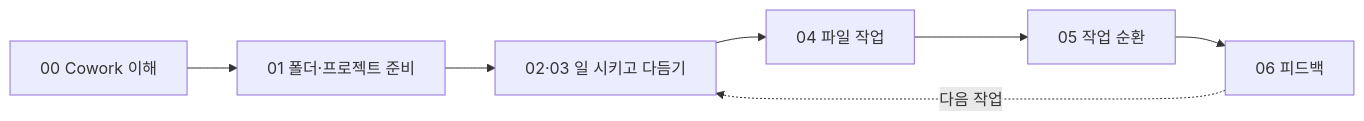
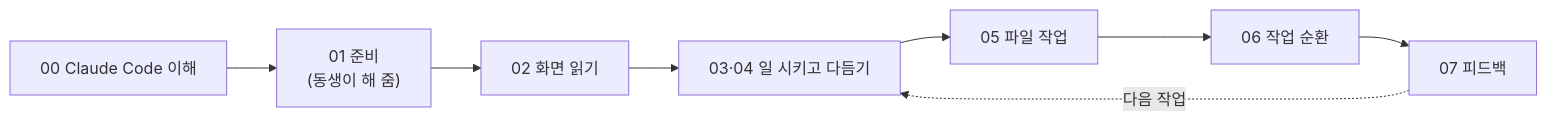
One commit to gyuber/claude-basics changed the diagram in README.md. Above: the diagram before and after it, drawn with Mermaid. The commit also changed other lines of this file and 23 other files, not shown here.

First line of the commit message:
강의를 Claude Code(데스크톱 Code 탭) 기준으로 재작성

````diff
--- a/README.md
+++ b/README.md
@@ -27,5 +8,5 @@
 ```mermaid
 flowchart LR
-  A["00 Cowork 이해"] --> B["01 폴더·프로젝트 준비"] --> C["02·03 일 시키고 다듬기"] --> D["04 파일 작업"] --> E["05 작업 순환"] --> F["06 피드백"]
-  F -. 다음 작업 .-> C
+  A["00 Claude Code 이해"] --> B["01 준비<br/>(동생이 해 줌)"] --> C["02 화면 읽기"] --> D["03·04 일 시키고 다듬기"] --> E["05 파일 작업"] --> F["06 작업 순환"] --> G["07 피드백"]
+  G -. 다음 작업 .-> D
 ```
````
